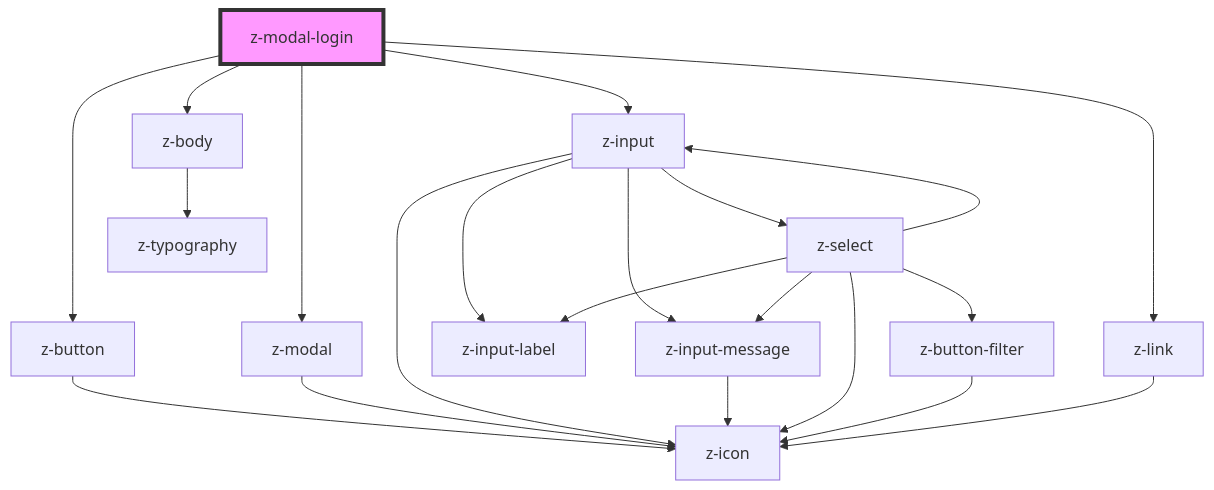
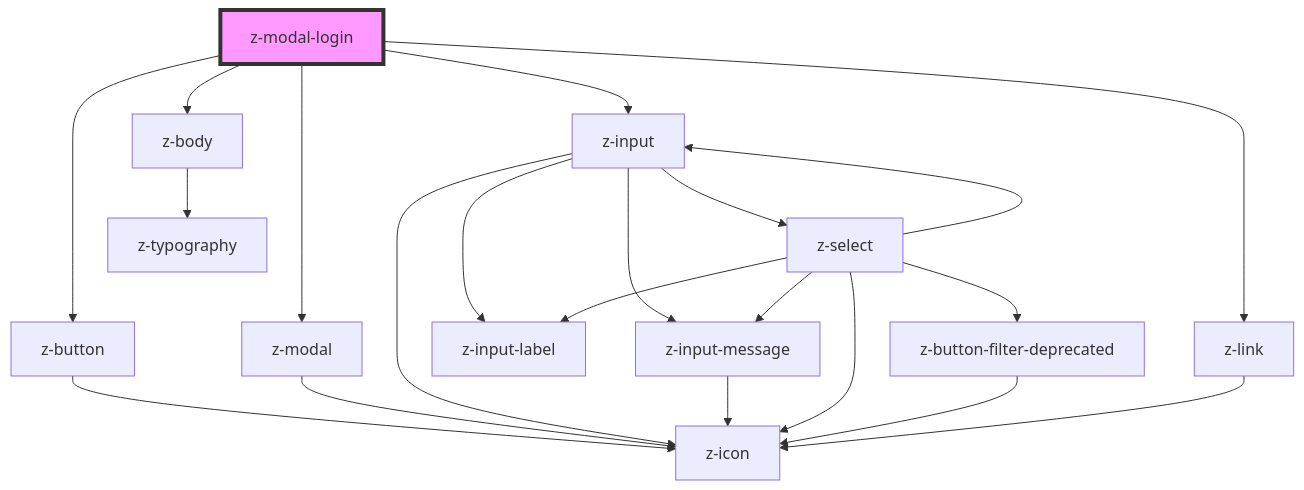
One commit to ZanichelliEditore/design-system changed the diagram in src/components/modal/z-modal-login/readme.md. Above: the diagram before and after it, drawn with Mermaid. The commit also changed 10 other files, not shown here.

````diff
--- a/src/components/modal/z-modal-login/readme.md
+++ b/src/components/modal/z-modal-login/readme.md
@@ -49,24 +49,24 @@
 ```mermaid
 graph TD;
   z-modal-login --> z-button
   z-modal-login --> z-modal
   z-modal-login --> z-input
   z-modal-login --> z-link
   z-modal-login --> z-body
   z-button --> z-icon
   z-modal --> z-icon
   z-input --> z-input-label
   z-input --> z-icon
   z-input --> z-input-message
   z-input --> z-select
   z-input-message --> z-icon
   z-select --> z-input-label
   z-select --> z-input
-  z-select --> z-button-filter
+  z-select --> z-button-filter-deprecated
   z-select --> z-icon
   z-select --> z-input-message
-  z-button-filter --> z-icon
+  z-button-filter-deprecated --> z-icon
   z-link --> z-icon
   z-body --> z-typography
   style z-modal-login fill:#f9f,stroke:#333,stroke-width:4px
 ```
````
